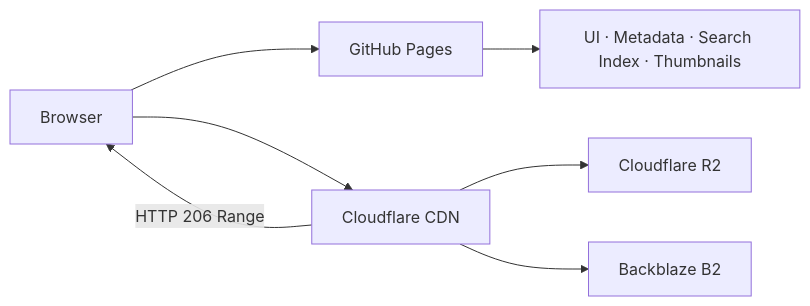
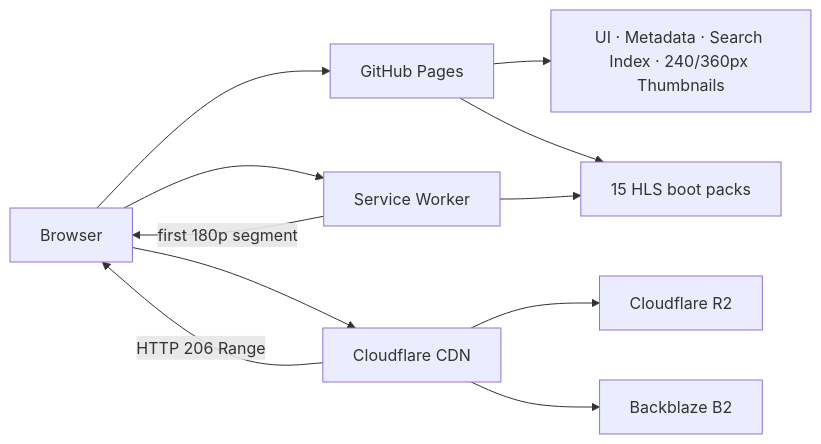
The diagram in README.md (oosuhada/source-archive), drawn with Mermaid before and after one commit. The commit also changed other lines of this file and 2 other files, not shown here.

Commit message:
docs: update archive delivery architecture

````diff
--- a/README.md
+++ b/README.md
@@ -64,9 +64,13 @@
 ```mermaid
 flowchart LR
     U[Browser] --> P[GitHub Pages]
-    P --> M[UI · Metadata · Search Index · Thumbnails]
+    P --> M[UI · Metadata · Search Index · 240/360px Thumbnails]
+    P --> H[15 HLS boot packs]
+    U --> S[Service Worker]
+    S --> H
+    S -->|first 180p segment| U
     U --> C[Cloudflare CDN]
     C --> R[Cloudflare R2]
     C --> B[Backblaze B2]
     C -->|HTTP 206 Range| U
 ```
````
